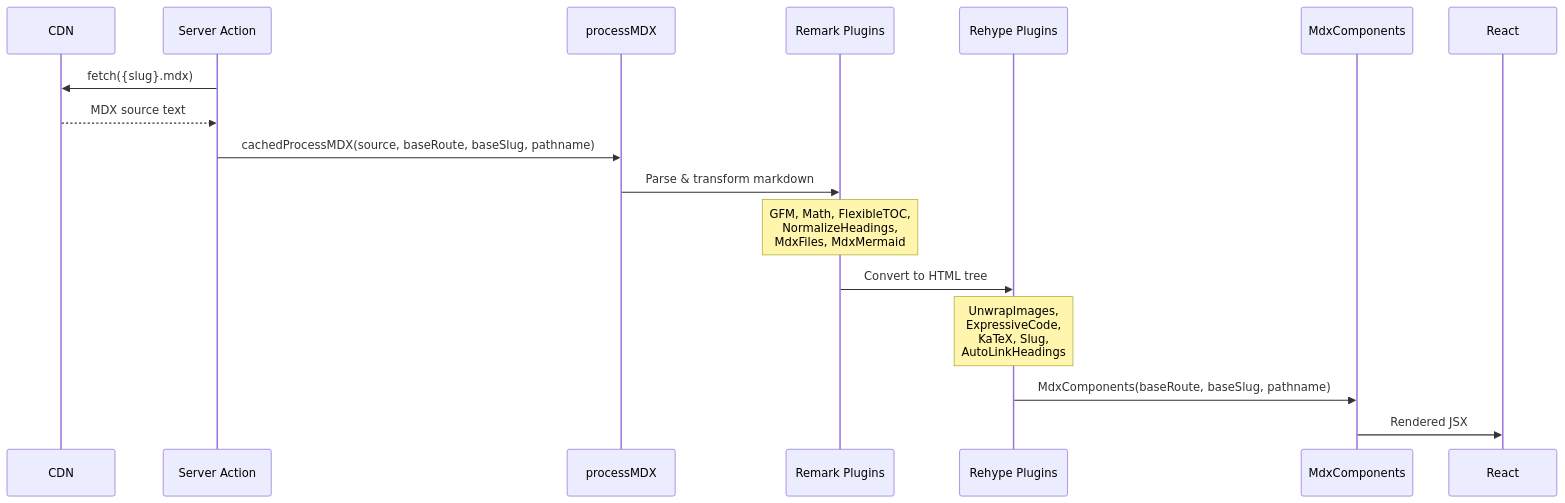
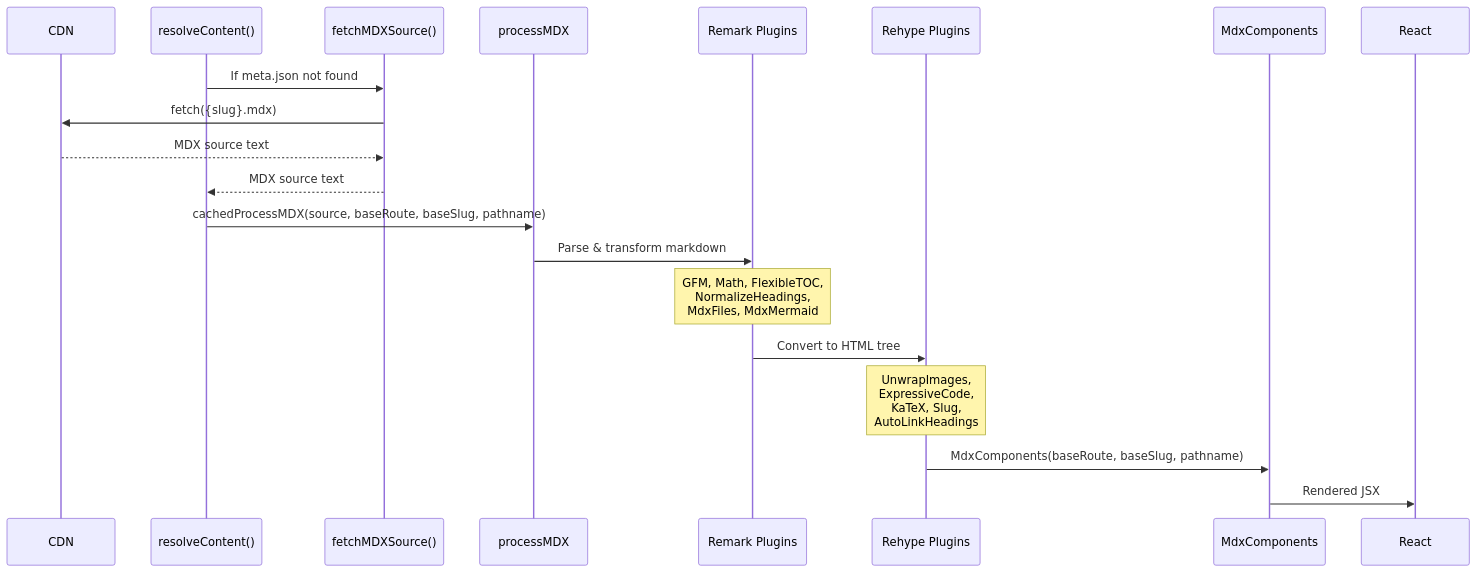
Before and after one commit to ThamizhiniyanCS/website: the diagram in docs/06-mdx-system.md, drawn with Mermaid. The commit also changed other lines of this file and 9 other files, not shown here.

````diff
--- a/docs/06-mdx-system.md
+++ b/docs/06-mdx-system.md
@@ -14,20 +14,23 @@
 ```mermaid
 sequenceDiagram
     participant CDN
-    participant SA as Server Action
+    participant RC as resolveContent()
+    participant FMDX as fetchMDXSource()
     participant PM as processMDX
     participant RM as Remark Plugins
     participant RH as Rehype Plugins
     participant MC as MdxComponents
     participant R as React
 
-    SA->>CDN: fetch({slug}.mdx)
-    CDN-->>SA: MDX source text
-    SA->>PM: cachedProcessMDX(source, baseRoute, baseSlug, pathname)
+    RC->>FMDX: If meta.json not found
+    FMDX->>CDN: fetch({slug}.mdx)
+    CDN-->>FMDX: MDX source text
+    FMDX-->>RC: MDX source text
+    RC->>PM: cachedProcessMDX(source, baseRoute, baseSlug, pathname)
     PM->>RM: Parse & transform markdown
     Note over RM: GFM, Math, FlexibleTOC,<br/>NormalizeHeadings,<br/>MdxFiles, MdxMermaid
     RM->>RH: Convert to HTML tree
     Note over RH: UnwrapImages,<br/>ExpressiveCode,<br/>KaTeX, Slug,<br/>AutoLinkHeadings
     RH->>MC: MdxComponents(baseRoute, baseSlug, pathname)
     MC->>R: Rendered JSX
 ```
````
